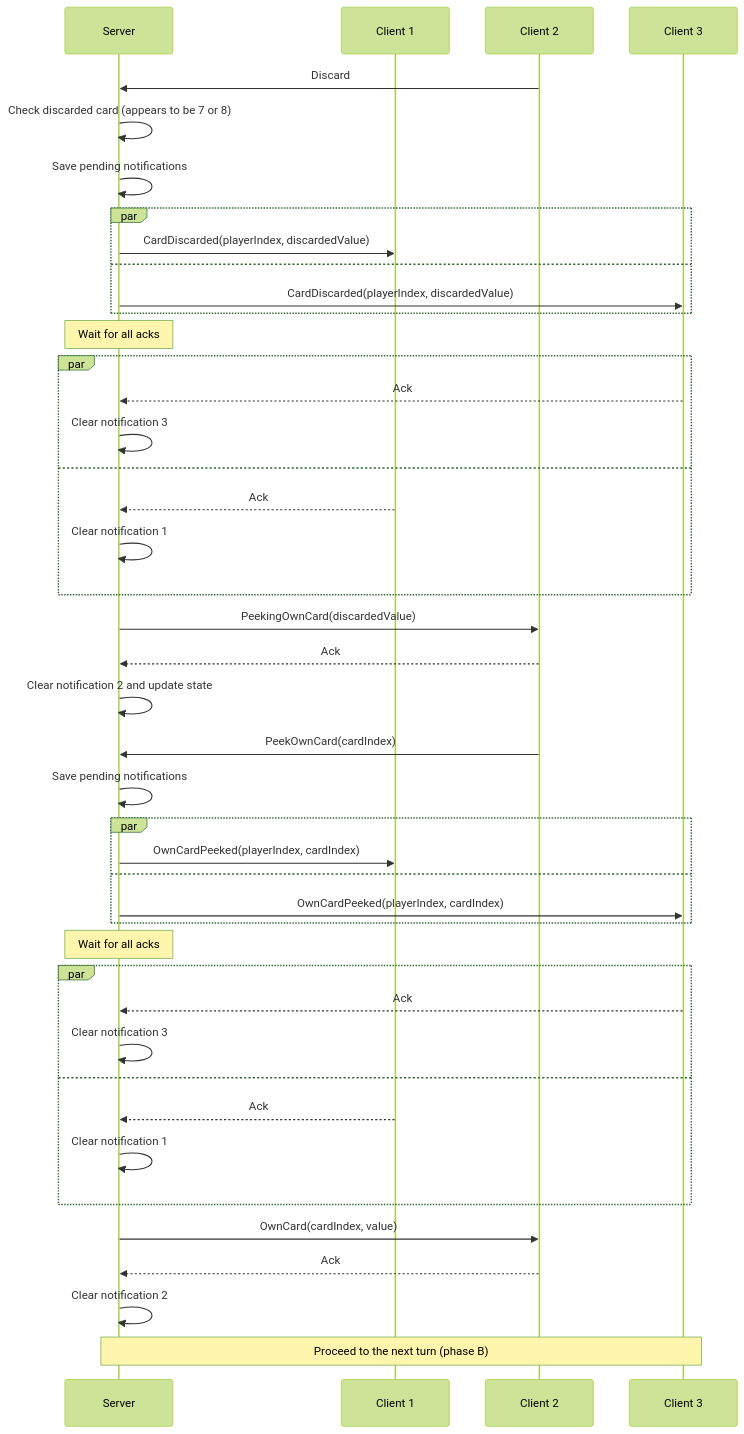
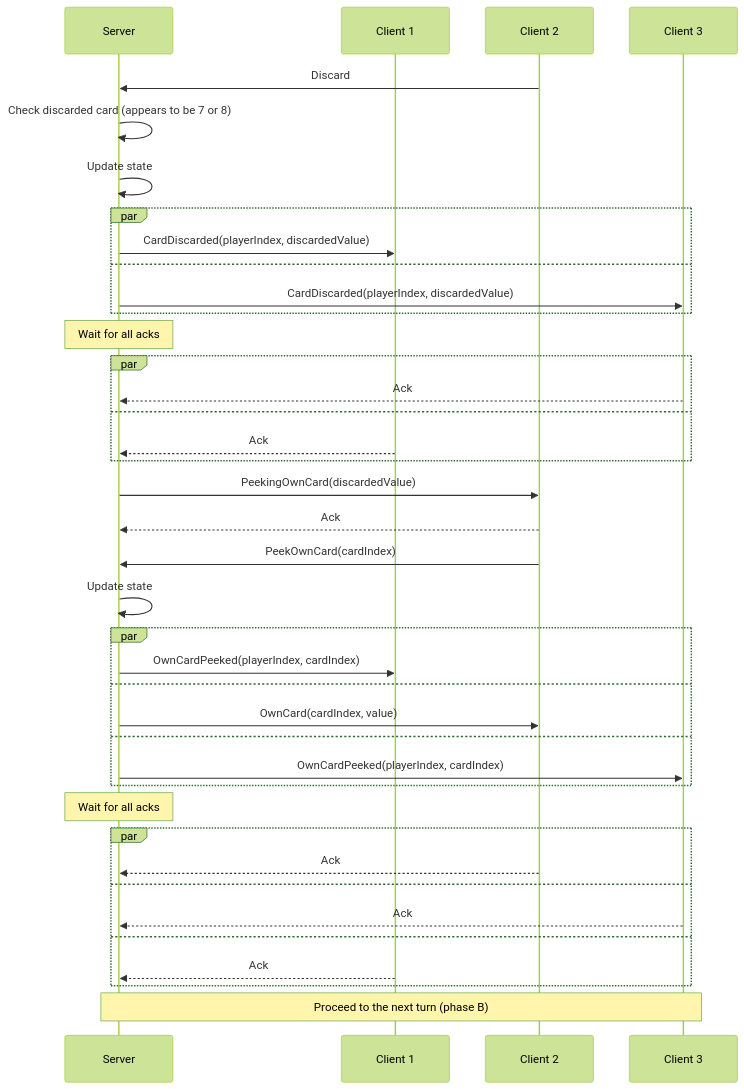
Before and after one commit to roman-zubarevich/another: diagram 11 of 15 in README.md, drawn with Mermaid (forest theme). The commit also changed other lines of this file, not shown here.

````diff
--- a/README.md
+++ b/README.md
@@ -308,45 +294,41 @@
 ```mermaid
 sequenceDiagram
     participant S as Server
     participant C1 as Client 1
     participant C2 as Client 2
     participant C3 as Client 3
     C2->>S: Discard
     S->>S: Check discarded card (appears to be 7 or 8)
-    S->>S: Save pending notifications
+    S->>S: Update state
     par
         S->>C1: CardDiscarded(playerIndex, discardedValue)
     and
         S->>C3: CardDiscarded(playerIndex, discardedValue)
     end
     Note over S: Wait for all acks
     par
         C3-->>S: Ack
-        S->>S: Clear notification 3
     and
         C1-->>S: Ack
-        S->>S: Clear notification 1
     end
     S->>C2: PeekingOwnCard(discardedValue)
     C2-->>S: Ack
-    S->>S: Clear notification 2 and update state
     C2->>S: PeekOwnCard(cardIndex)
-    S->>S: Save pending notifications
+    S->>S: Update state
     par
         S->>C1: OwnCardPeeked(playerIndex, cardIndex)
+    and
+        S->>C2: OwnCard(cardIndex, value)
     and
         S->>C3: OwnCardPeeked(playerIndex, cardIndex)
     end
     Note over S: Wait for all acks
     par
+        C2-->>S: Ack
+    and
         C3-->>S: Ack
-        S->>S: Clear notification 3
     and
         C1-->>S: Ack
-        S->>S: Clear notification 1
     end
-    S->>C2: OwnCard(cardIndex, value)
-    C2-->>S: Ack
-    S->>S: Clear notification 2
     Note over S,C3: Proceed to the next turn (phase B)
 ```
````
